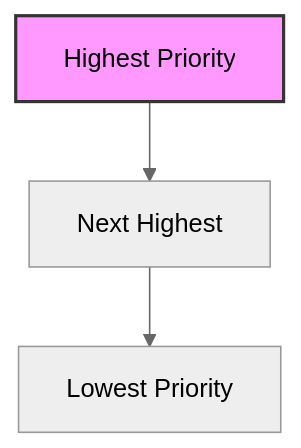
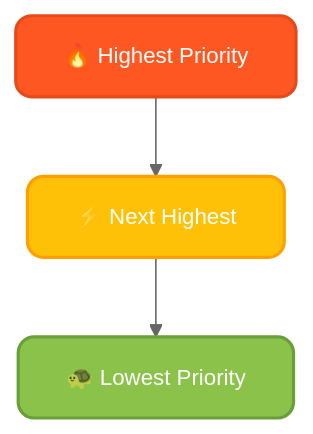
Before and after one commit to infoyouth/infoyouth.github.io: the sixth of 14 diagrams in _posts/2024-12-31-13.-collection-framework-in-java.md, drawn with Mermaid (neutral theme). The commit also changed other lines of this file and 1 other file, not shown here.

````diff
--- a/_posts/2024-12-31-13.-collection-framework-in-java.md
+++ b/_posts/2024-12-31-13.-collection-framework-in-java.md
@@ -251,7 +345,14 @@
-    ```mermaid
-        graph TD
-        A[Highest Priority] --> B[Next Highest]
-        B --> C[Lowest Priority];
-        
-        style A fill:#f9f,stroke:#333,stroke-width:2px
-    ```
+  ```mermaid
+  graph TD
+      A[🔥 Highest Priority] --> B[⚡ Next Highest]
+      B --> C[🐢 Lowest Priority]
+
+      class A highPriority
+      class B midPriority
+      class C lowPriority
+
+      classDef highPriority fill:#FF5722,stroke:#E64A19,color:#FFFFFF,font-size:14px,stroke-width:2px,rx:10px;
+      classDef midPriority fill:#FFC107,stroke:#FFA000,color:#FFFFFF,font-size:14px,stroke-width:2px,rx:10px;
+      classDef lowPriority fill:#8BC34A,stroke:#689F38,color:#FFFFFF,font-size:14px,stroke-width:2px,rx:10px;
+
+  ```
````
